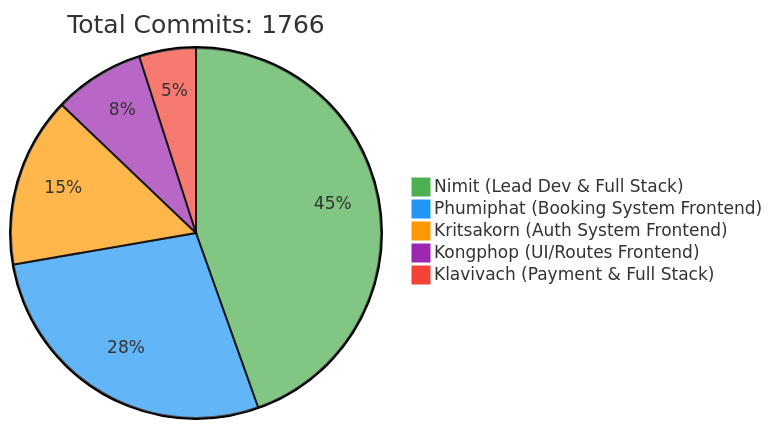
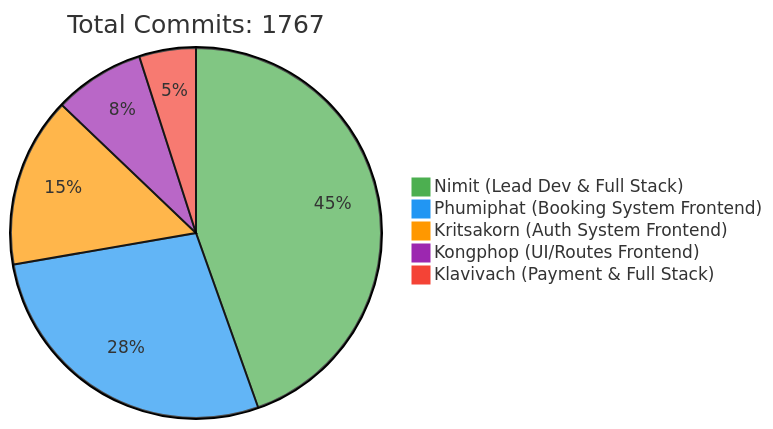
One commit to 6531503042/Sport-Complex changed the first of 2 diagrams in README.md. Above: the diagram before and after it, drawn with Mermaid. The commit also changed other lines of this file, not shown here.

Commit message:
docs: Update contributor statistics [skip ci]

````diff
--- a/README.md
+++ b/README.md
@@ -257,10 +257,10 @@
 ```mermaid
 %%{init: {'theme': 'base', 'themeVariables': { 'pie1': '#4CAF50', 'pie2': '#2196F3', 'pie3': '#FF9800', 'pie4': '#9C27B0', 'pie5': '#F44336'}}}%%
 pie
-    title Total Commits: 1766
+    title Total Commits: 1767
     "Nimit (Lead Dev & Full Stack)" : 450
     "Phumiphat (Booking System Frontend)" : 280
     "Kritsakorn (Auth System Frontend)" : 150
     "Kongphop (UI/Routes Frontend)" : 80
     "Klavivach (Payment & Full Stack)" : 50
 ```
````
